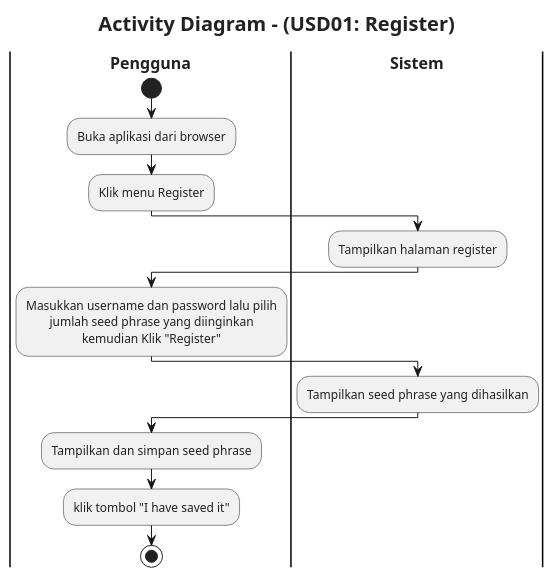
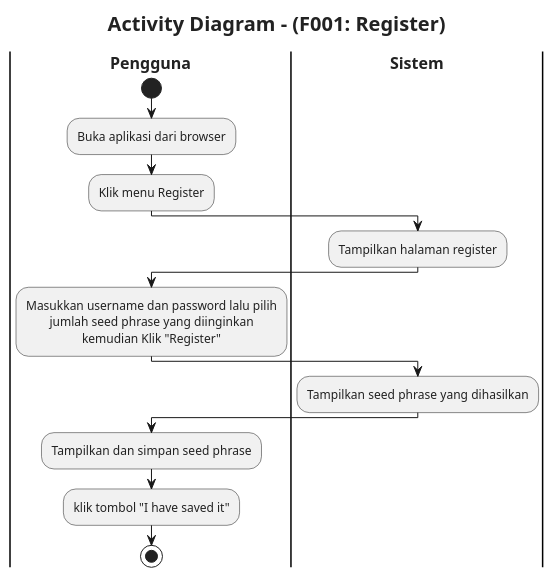
The diagram in activity-diagram/01_Register.puml (syafiq-ubay/walldoc-plantUML), drawn with PlantUML before and after one commit. The commit also changed 12 other files, not shown here.

Commit message:
fiix code activity diagram

```diff
--- a/activity-diagram/01_Register.puml
+++ b/activity-diagram/01_Register.puml
@@ -1,26 +1,26 @@
 @startuml
 skinparam defaultFontName "JetBrains Mono"
 skinparam defaultFontSize 12
 skinparam defaultFontColor #222222
 skinparam titleFontSize 20
 skinparam DefaultTextAlignment center
-title Activity Diagram - (USD01: Register)
+title Activity Diagram - (F001: Register)
 
 |<b><font size=16>Pengguna</font></b>|
 start
 :Buka aplikasi dari browser;
 :Klik menu Register;
 |<b><font size=16>Sistem</font></b>|
 :Tampilkan halaman register;
 |<b><font size=16>Pengguna</font></b>|
 :Masukkan username dan password lalu pilih
 jumlah seed phrase yang diinginkan
 kemudian Klik "Register";
 |<b><font size=16>Sistem</font></b>|
 :Tampilkan seed phrase yang dihasilkan;
 |<b><font size=16>Pengguna</font></b>|
 :Tampilkan dan simpan seed phrase;
 :klik tombol "I have saved it";
 stop
 
 @enduml
```
